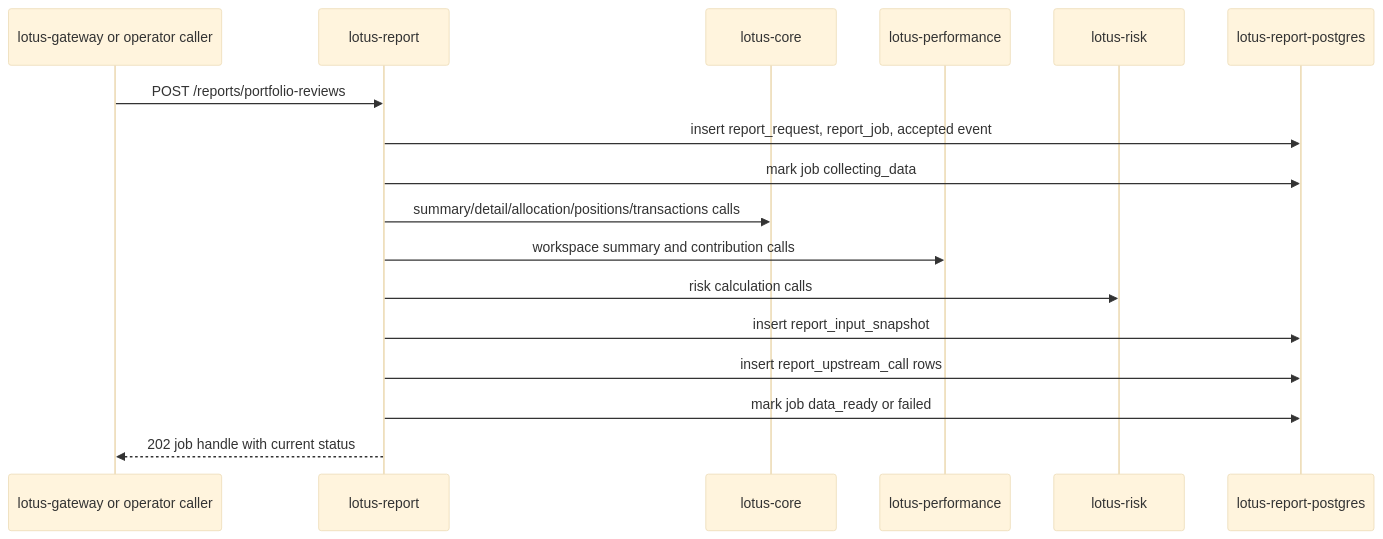
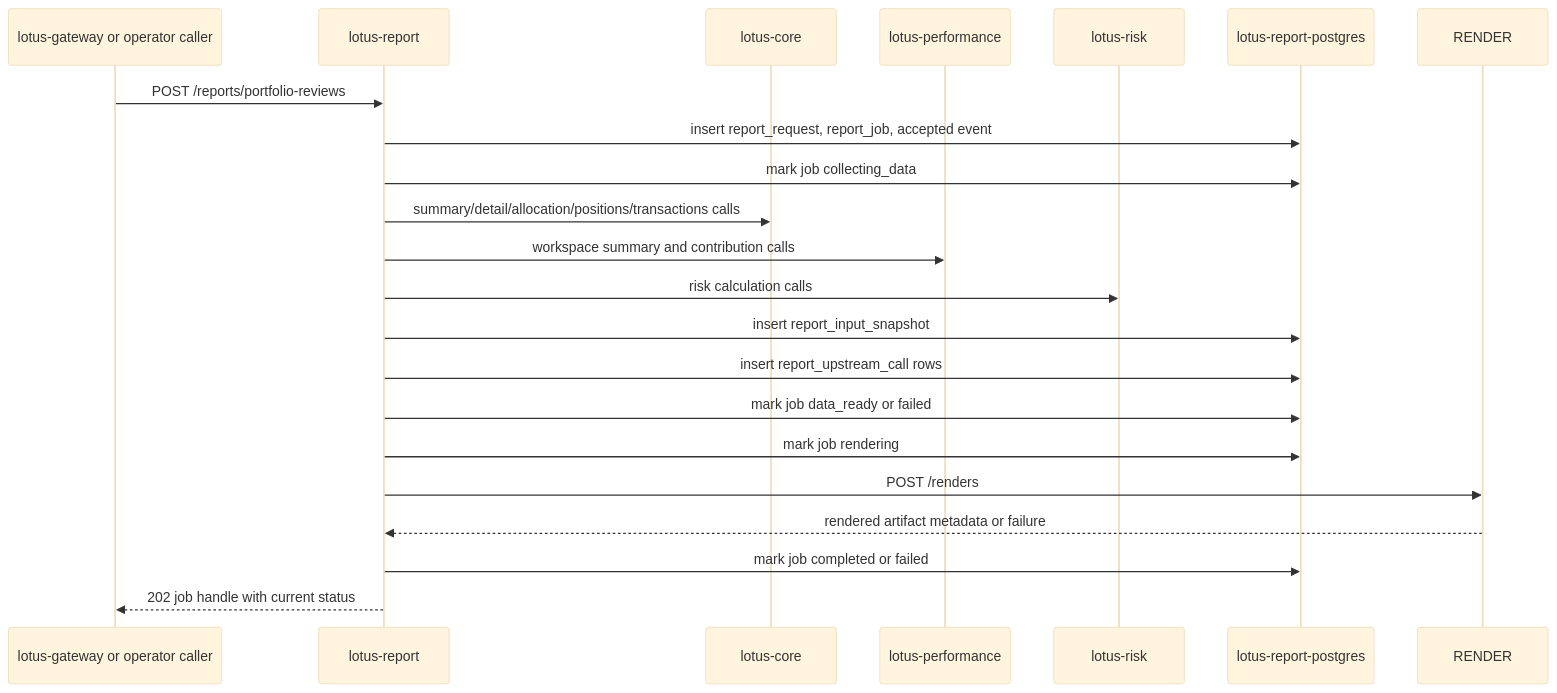
The second of 2 diagrams in wiki/Operations-Runbook.md (sgajbi/lotus-report), drawn with Mermaid (base theme) before and after one commit. The commit also changed other lines of this file and 19 other files, not shown here.

Commit message:
Integrate report jobs with lotus-render

````diff
--- a/wiki/Operations-Runbook.md
+++ b/wiki/Operations-Runbook.md
@@ -114,20 +115,24 @@
 ```mermaid
 sequenceDiagram
     participant GW as lotus-gateway or operator caller
     participant REPORT as lotus-report
     participant CORE as lotus-core
     participant PERF as lotus-performance
     participant RISK as lotus-risk
     participant PG as lotus-report-postgres
 
     GW->>REPORT: POST /reports/portfolio-reviews
     REPORT->>PG: insert report_request, report_job, accepted event
     REPORT->>PG: mark job collecting_data
     REPORT->>CORE: summary/detail/allocation/positions/transactions calls
     REPORT->>PERF: workspace summary and contribution calls
     REPORT->>RISK: risk calculation calls
     REPORT->>PG: insert report_input_snapshot
     REPORT->>PG: insert report_upstream_call rows
     REPORT->>PG: mark job data_ready or failed
+    REPORT->>PG: mark job rendering
+    REPORT->>RENDER: POST /renders
+    RENDER-->>REPORT: rendered artifact metadata or failure
+    REPORT->>PG: mark job completed or failed
     REPORT-->>GW: 202 job handle with current status
 ```
````
